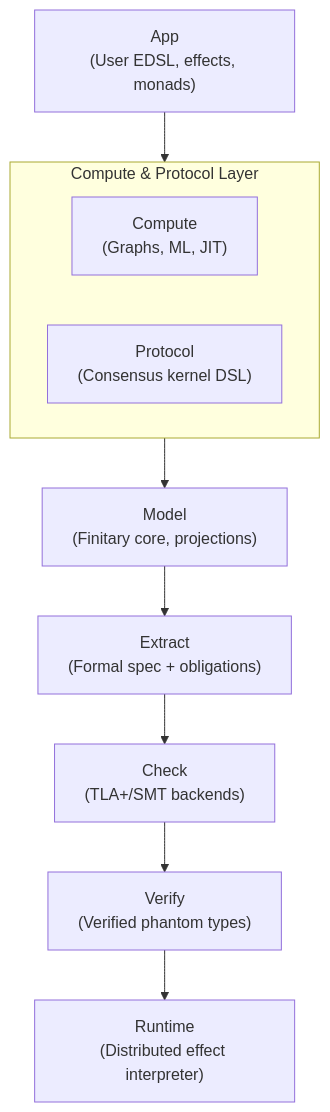
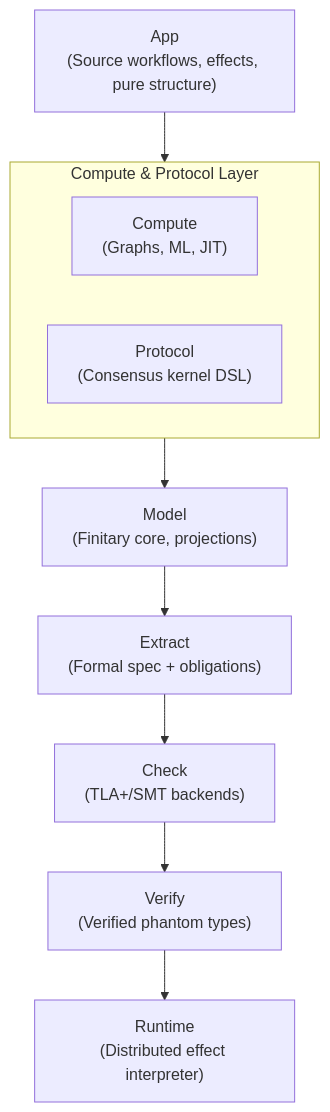
Before and after one commit to Tuee22/effectful: the diagram in documents/dsl/proof_engine.md, drawn with Mermaid. The commit also changed other lines of this file and 8 other files, not shown here.

````diff
--- a/documents/dsl/proof_engine.md
+++ b/documents/dsl/proof_engine.md
@@ -73,22 +77,22 @@
 ```mermaid
 flowchart TB
-  App["App<br/>(User EDSL, effects, monads)"]
+  App["App<br/>(Source workflows, effects, pure structure)"]
 
   subgraph Middle["Compute & Protocol Layer"]
     Compute["Compute<br/>(Graphs, ML, JIT)"]
     Protocol["Protocol<br/>(Consensus kernel DSL)"]
   end
 
   Model["Model<br/>(Finitary core, projections)"]
   Extract["Extract<br/>(Formal spec + obligations)"]
   Check["Check<br/>(TLA+/SMT backends)"]
   Verify["Verify<br/>(Verified phantom types)"]
   Runtime["Runtime<br/>(Distributed effect interpreter)"]
 
   App --> Middle
   Middle --> Model
   Model --> Extract
   Extract --> Check
   Check --> Verify
   Verify --> Runtime
 ```
````
